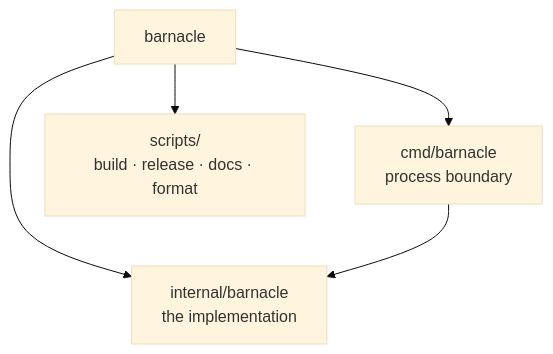
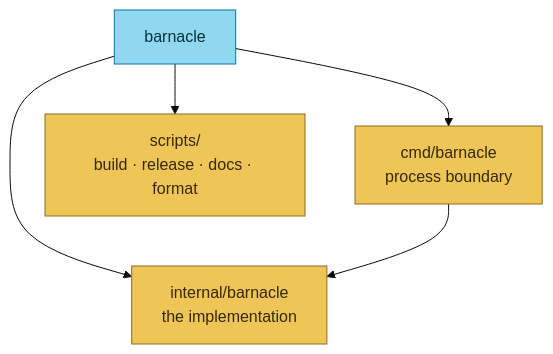
Before and after one commit to fordaj/barnacle: the first of 7 diagrams in README.md, drawn with Mermaid (base theme). The commit also changed other lines of this file and 23 other files, not shown here.

````diff
--- a/README.md
+++ b/README.md
@@ -3,10 +3,18 @@
 ```mermaid
 flowchart TD
-    Root[barnacle] --> Cmd[cmd/barnacle<br/>process boundary]
-    Root --> Internal[internal/barnacle<br/>the implementation]
-    Root --> Scripts[scripts/<br/>build · release · docs · format]
+    Root["barnacle"]
+    Cmd["cmd/barnacle<br/>process boundary"]
+    Internal["internal/barnacle<br/>the implementation"]
+    Scripts["scripts/<br/>build · release · docs · format"]
+    Root --> Cmd
+    Root --> Internal
+    Root --> Scripts
     Cmd --> Internal
     click Cmd href "cmd/barnacle/main.go.md"
     click Internal href "internal/barnacle/README.md"
     click Scripts href "scripts/README.md"
+    class Root goFile
+    class Cmd,Internal,Scripts folder
+    classDef folder fill:#f0c558,stroke:#8a6d1c,color:#332a05
+    classDef goFile fill:#8fd8ef,stroke:#0277a8,color:#08303d
 ```
````
